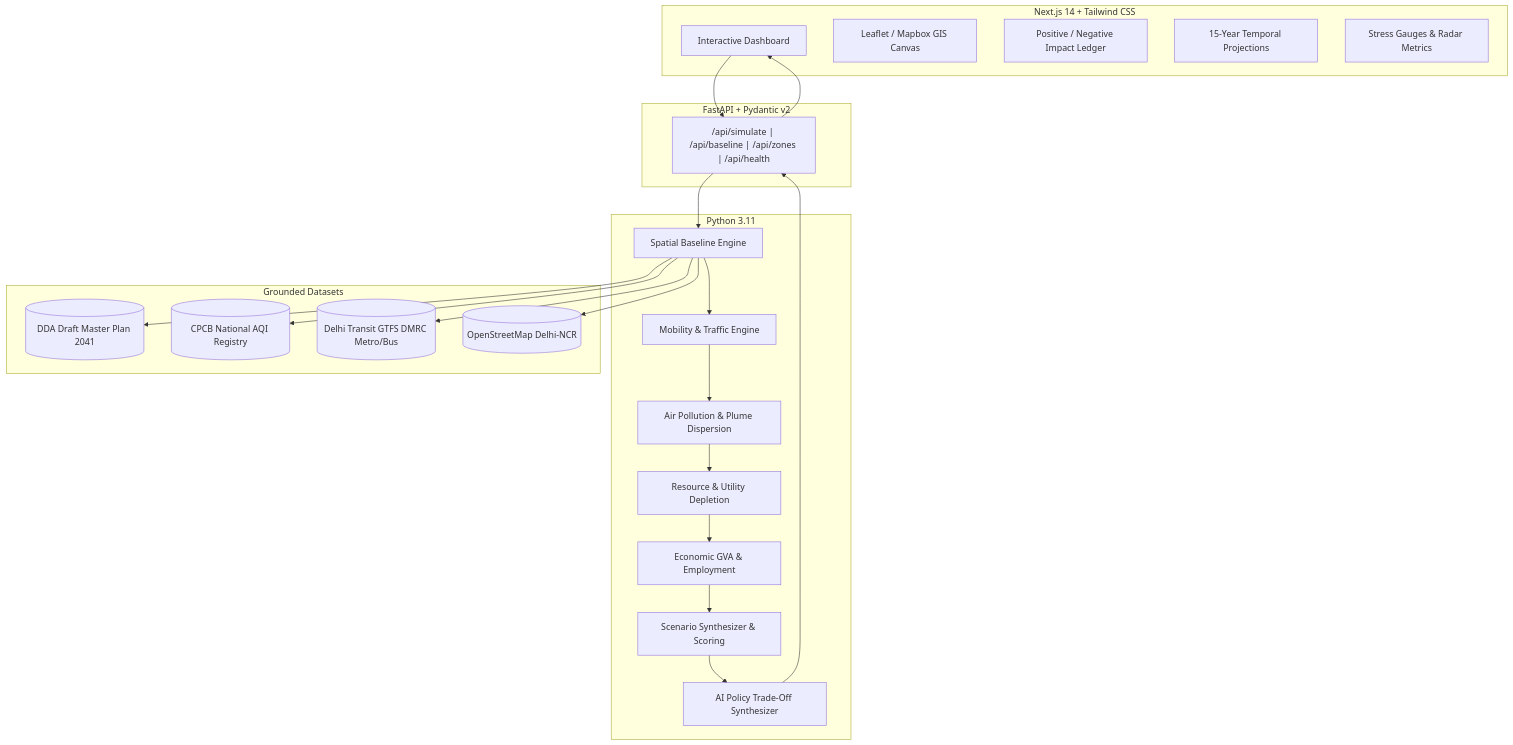
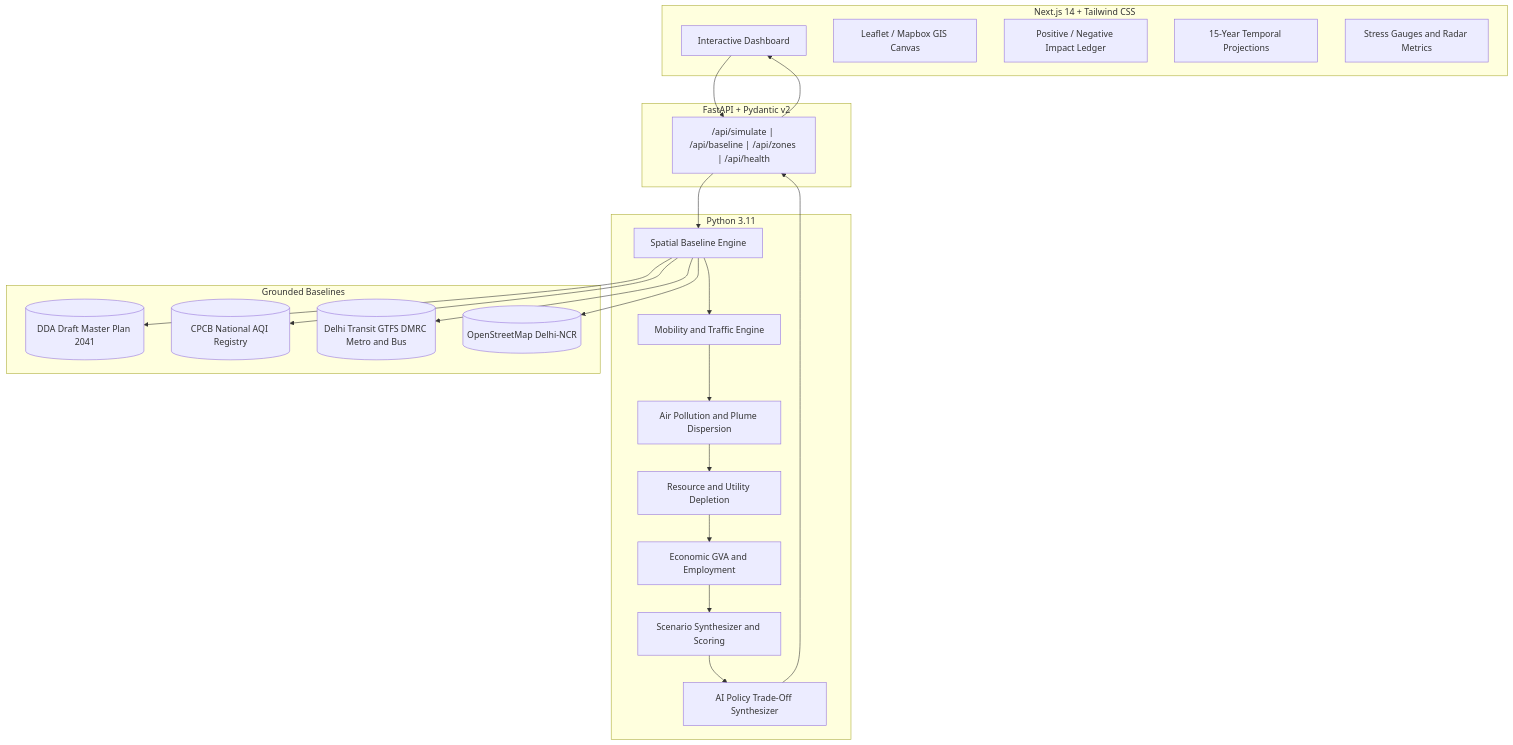
Before and after one commit to achalzz/horizon-ai-urban-simulation: the diagram in README.md, drawn with Mermaid. The commit also changed other lines of this file and 3 other files, not shown here.

````diff
--- a/README.md
+++ b/README.md
@@ -42,37 +42,37 @@
 ```mermaid
 graph TD
     subgraph Client Layer [Next.js 14 + Tailwind CSS]
         UI[Interactive Dashboard]
         Map[Leaflet / Mapbox GIS Canvas]
         Ledger[Positive / Negative Impact Ledger]
         Timeline[15-Year Temporal Projections]
-        Gauges[Stress Gauges & Radar Metrics]
+        Gauges[Stress Gauges and Radar Metrics]
     end
 
     subgraph API Gateway [FastAPI + Pydantic v2]
         Router["/api/simulate | /api/baseline | /api/zones | /api/health"]
     end
 
     subgraph Causal Simulation Core [Python 3.11]
         SE[Spatial Baseline Engine]
-        MM[Mobility & Traffic Engine]
-        PM[Air Pollution & Plume Dispersion]
-        RM[Resource & Utility Depletion]
-        EM[Economic GVA & Employment]
-        SC[Scenario Synthesizer & Scoring]
+        MM[Mobility and Traffic Engine]
+        PM[Air Pollution and Plume Dispersion]
+        RM[Resource and Utility Depletion]
+        EM[Economic GVA and Employment]
+        SC[Scenario Synthesizer and Scoring]
         AI[AI Policy Trade-Off Synthesizer]
     end
 
-    subgraph Grounded Datasets
+    subgraph Grounded Baselines
         DDA[(DDA Draft Master Plan 2041)]
         CPCB[(CPCB National AQI Registry)]
-        GTFS[(Delhi Transit GTFS DMRC Metro/Bus)]
+        GTFS[(Delhi Transit GTFS DMRC Metro and Bus)]
         OSM[(OpenStreetMap Delhi-NCR)]
     end
 
     UI --> Router
     Router --> SE
     SE --> DDA & CPCB & GTFS & OSM
     SE --> MM --> PM --> RM --> EM --> SC --> AI
     AI --> Router --> UI
 ```
````
